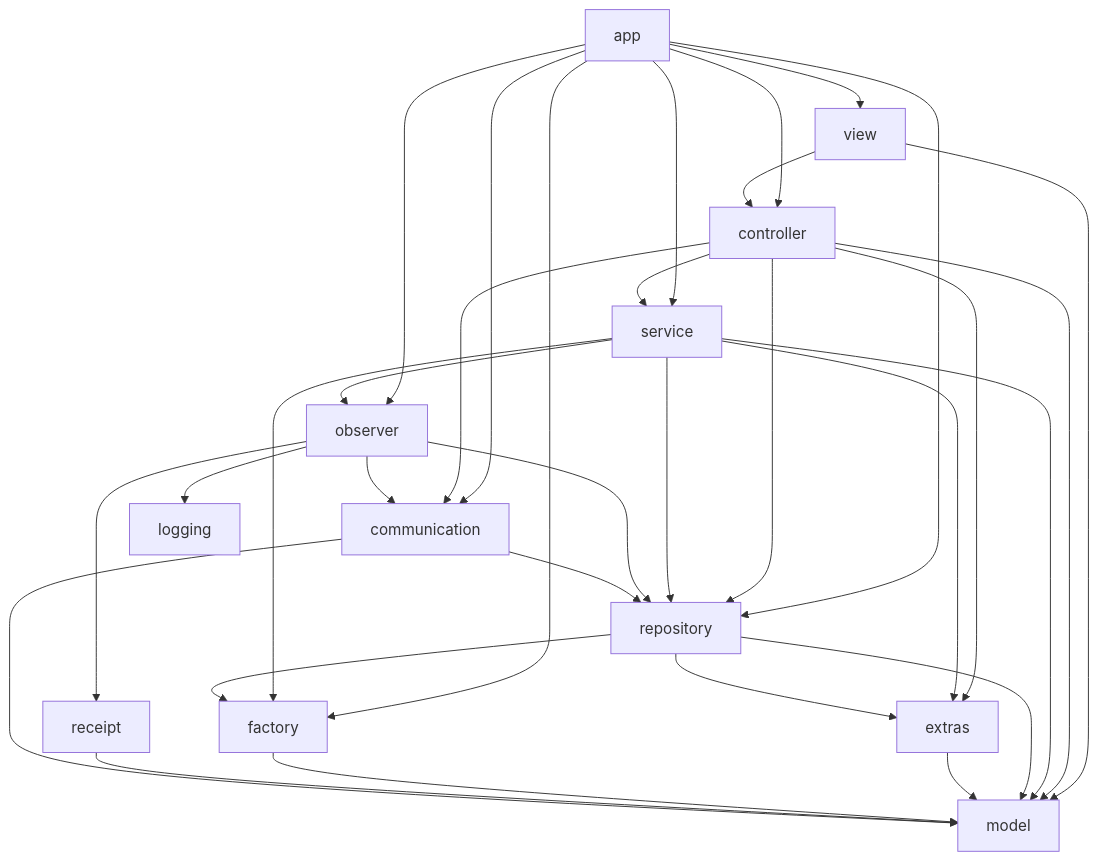
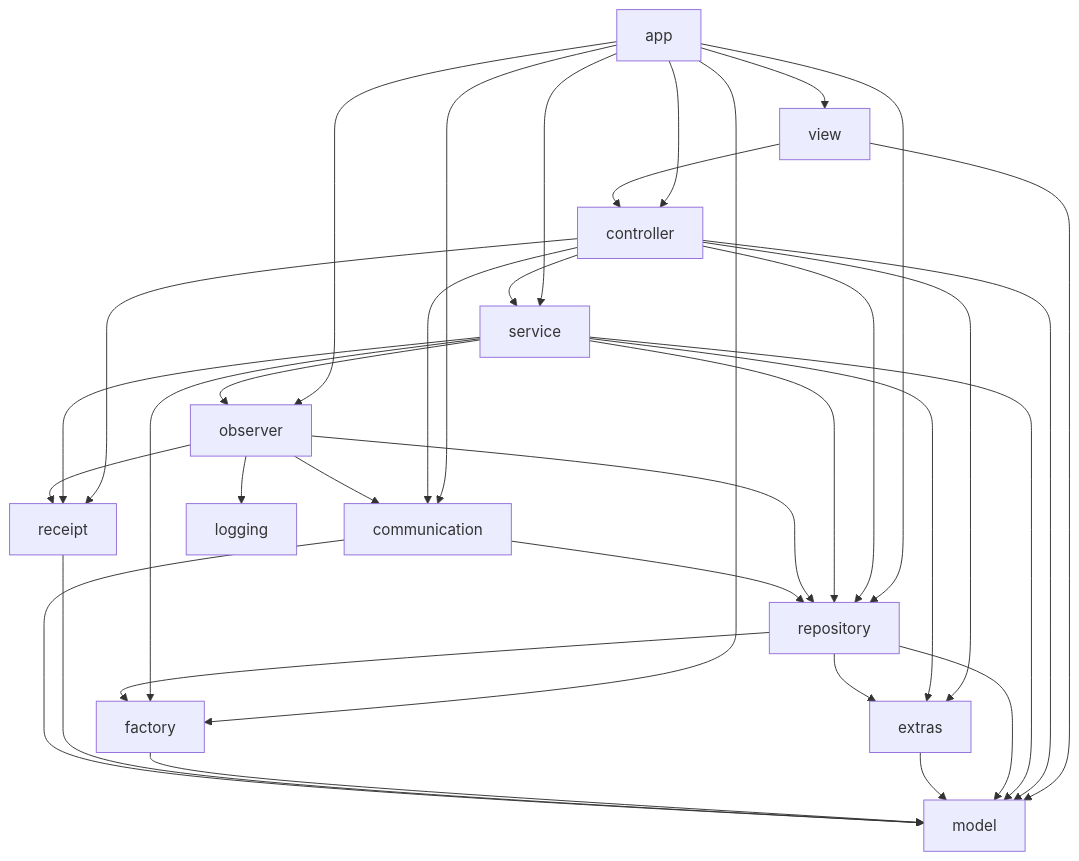
One commit to Abdallah1707/Ripple changed the second of 6 diagrams in docs/architecture.md. Above: the diagram before and after it, drawn with Mermaid. The commit also changed other lines of this file and 14 other files, not shown here.

````diff
--- a/docs/architecture.md
+++ b/docs/architecture.md
@@ -79,34 +79,36 @@
 ```mermaid
 flowchart TD
     app --> view
     app --> controller
     app --> service
     app --> repository
     app --> communication
     app --> observer
     app --> factory
     view --> controller
     view --> model
     controller --> service
     controller --> repository
     controller --> communication
     controller --> extras
+    controller --> receipt
     controller --> model
     service --> factory
     service --> observer
     service --> repository
     service --> extras
+    service --> receipt
     service --> model
     observer --> receipt
     observer --> communication
     observer --> logging
     observer --> repository
     repository --> factory
     repository --> extras
     repository --> model
     extras --> model
     factory --> model
     receipt --> model
     communication --> model
     communication --> repository
 ```
````
